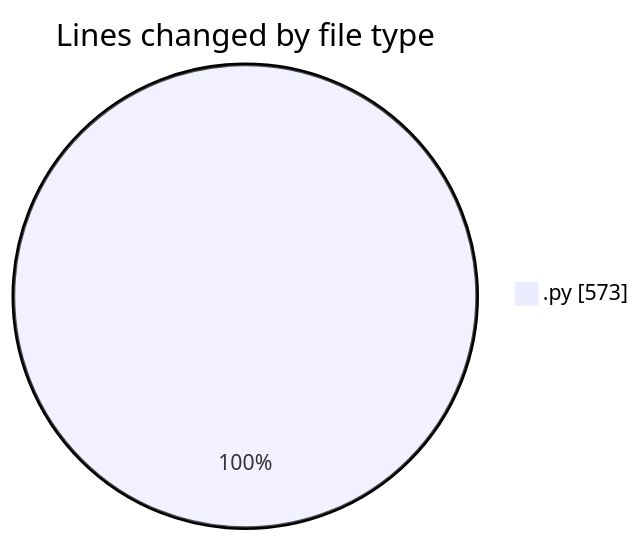
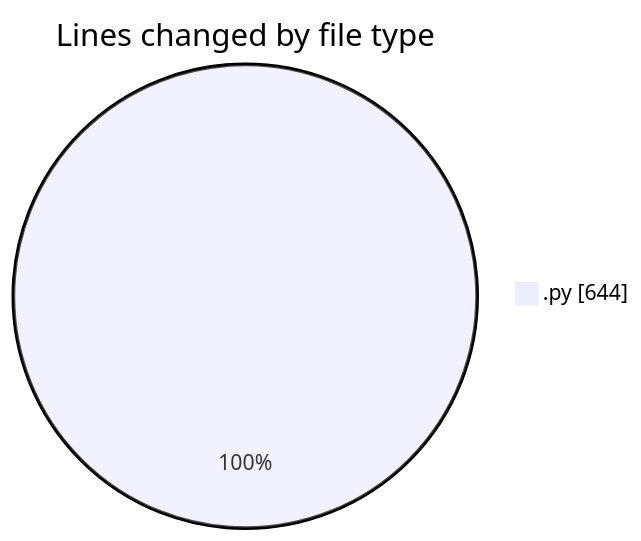
Before and after one commit to momahboobian/code-tracking: the first of 2 diagrams in 2025-06-25/samplepdf/README.md, drawn with Mermaid. The commit also changed other lines of this file and 1 other file, not shown here.

````diff
--- a/2025-06-25/samplepdf/README.md
+++ b/2025-06-25/samplepdf/README.md
@@ -24,5 +25,5 @@
 ```mermaid
 pie showData
 title Lines changed by file type
-".py" : 573
+".py" : 644
 ```
````
